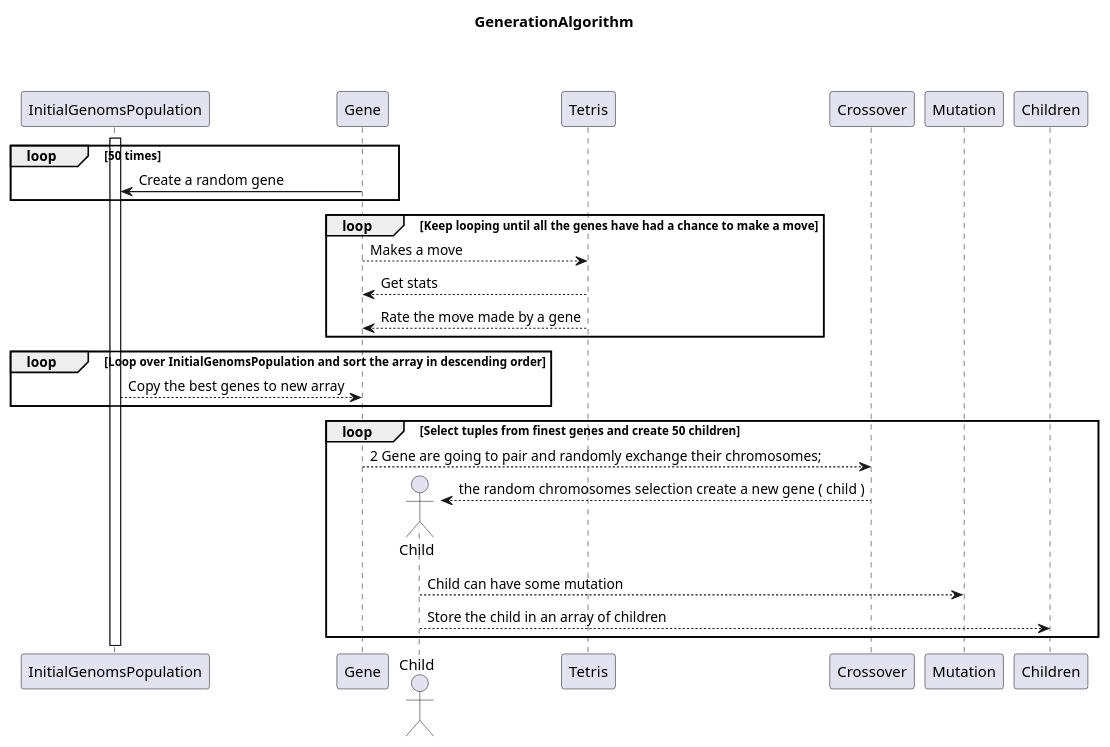
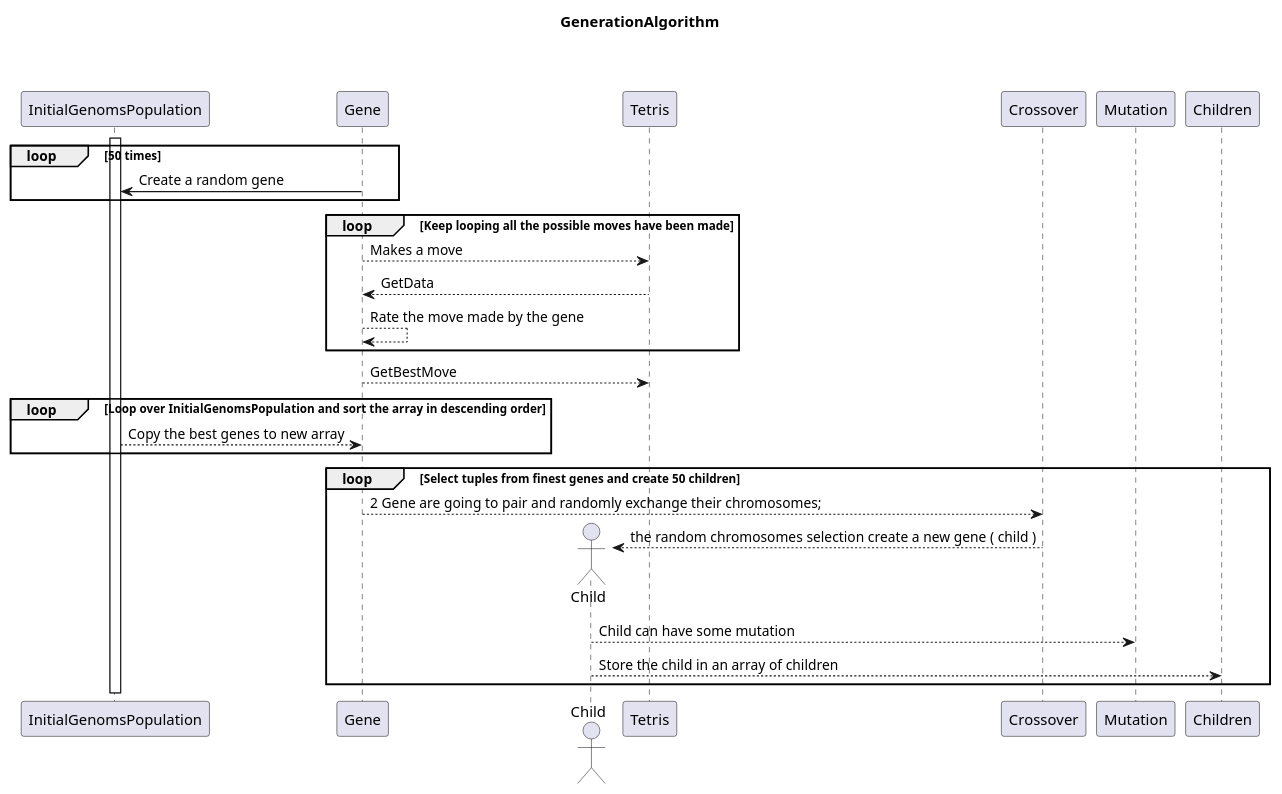
Before and after one commit to matissecallewaert/ai-tetris: the diagram in Analyse/AISequence.puml, drawn with PlantUML. The commit also changed 7 other files, not shown here.

```diff
--- a/Analyse/AISequence.puml
+++ b/Analyse/AISequence.puml
@@ -1,31 +1,31 @@
 @startuml Generation_Algo
 
 title ==GenerationAlgorithm==
 
 loop 50 times
 Gene->InitialGenomsPopulation: Create a random gene
 end
 
 activate InitialGenomsPopulation
 Actor Gene
 Actor Child
 
-loop Keep looping until all the genes have had a chance to make a move
+loop Keep looping all the possible moves have been made
 Gene --> Tetris: Makes a move
-Tetris --> Gene: Get stats
-Tetris --> Gene: Rate the move made by a gene
+Tetris --> Gene: GetData
+Gene --> Gene: Rate the move made by the gene
 end
-
+Gene --> Tetris: GetBestMove
 loop Loop over InitialGenomsPopulation and sort the array in descending order
 InitialGenomsPopulation --> Gene: Copy the best genes to new array
 end
 
 loop Select tuples from finest genes and create 50 children
 Gene --> Crossover: 2 Gene are going to pair and randomly exchange their chromosomes;
 create Child
 Crossover --> Child: the random chromosomes selection create a new gene ( child )
 Child --> Mutation: Child can have some mutation
 Child --> Children: Store the child in an array of children
 end
 
 @enduml
```
